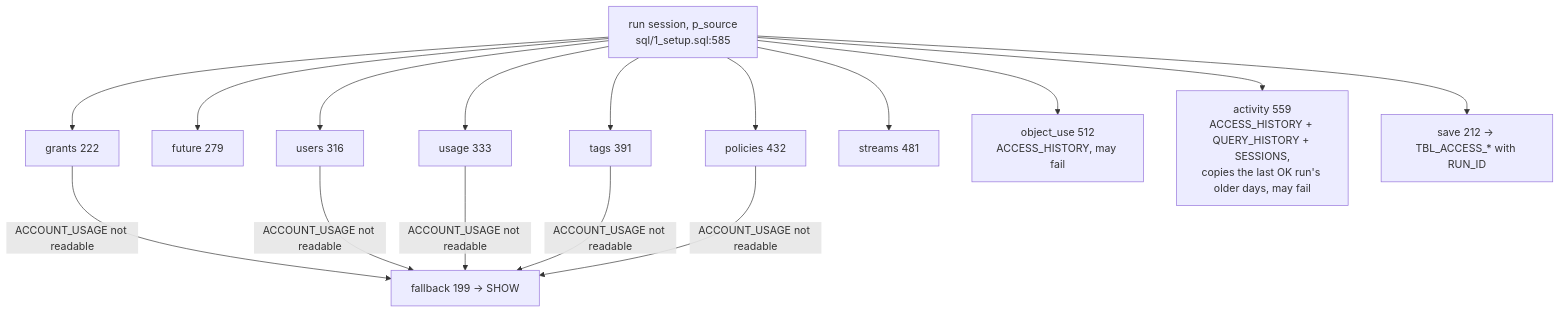
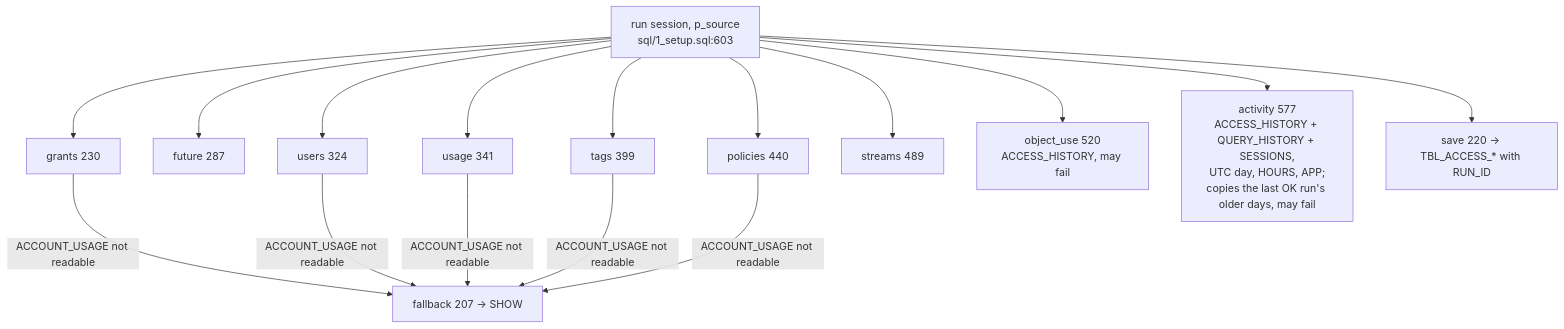
Before and after one commit to darshanmeel/snowflake-access-explorer: the second of 2 diagrams in snowflake-access-explorer-knowledge-graph/modules/sql.md, drawn with Mermaid. The commit also changed other lines of this file and 88 other files, not shown here.

First line of the commit message:
Knowledge graph and docs for the access log; per-day charts by user, role, client, statement, R/W/DDL, object kind

````diff
--- a/snowflake-access-explorer-knowledge-graph/modules/sql.md
+++ b/snowflake-access-explorer-knowledge-graph/modules/sql.md
@@ -48,14 +49,14 @@
 ```mermaid
 flowchart TD
-  RUN[run session, p_source<br/>sql/1_setup.sql:585] --> G[grants 222]
-  RUN --> FU[future 279]
-  RUN --> U[users 316]
-  RUN --> US[usage 333]
-  RUN --> TG[tags 391]
-  RUN --> PO[policies 432]
-  RUN --> STR[streams 481]
-  RUN --> OU[object_use 512<br/>ACCESS_HISTORY, may fail]
-  RUN --> AC[activity 559<br/>ACCESS_HISTORY + QUERY_HISTORY + SESSIONS,<br/>copies the last OK run's older days, may fail]
-  G & U & US & TG & PO -->|ACCOUNT_USAGE not readable| FB[fallback 199 -> SHOW]
-  RUN --> SV[save 212 -> TBL_ACCESS_* with RUN_ID]
+  RUN[run session, p_source<br/>sql/1_setup.sql:603] --> G[grants 230]
+  RUN --> FU[future 287]
+  RUN --> U[users 324]
+  RUN --> US[usage 341]
+  RUN --> TG[tags 399]
+  RUN --> PO[policies 440]
+  RUN --> STR[streams 489]
+  RUN --> OU[object_use 520<br/>ACCESS_HISTORY, may fail]
+  RUN --> AC[activity 577<br/>ACCESS_HISTORY + QUERY_HISTORY + SESSIONS,<br/>UTC day, HOURS, APP;<br/>copies the last OK run's older days, may fail]
+  G & U & US & TG & PO -->|ACCOUNT_USAGE not readable| FB[fallback 207 -> SHOW]
+  RUN --> SV[save 220 -> TBL_ACCESS_* with RUN_ID]
 ```
````
